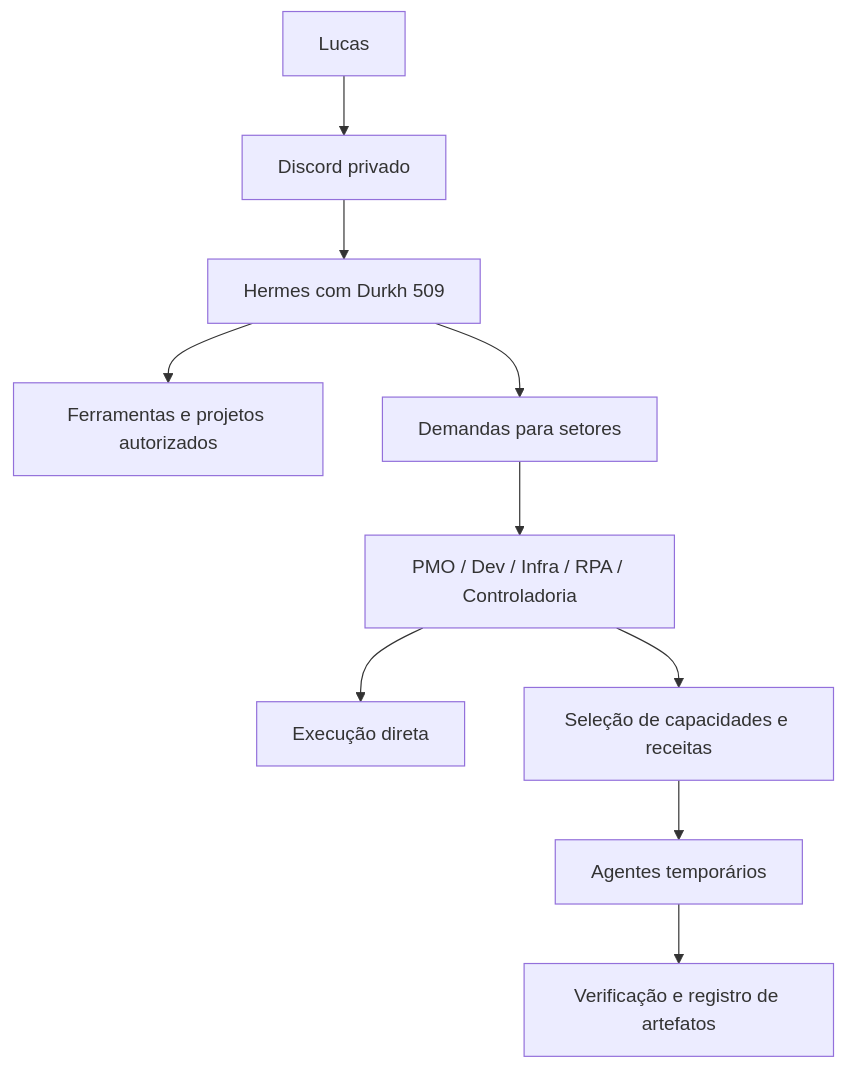
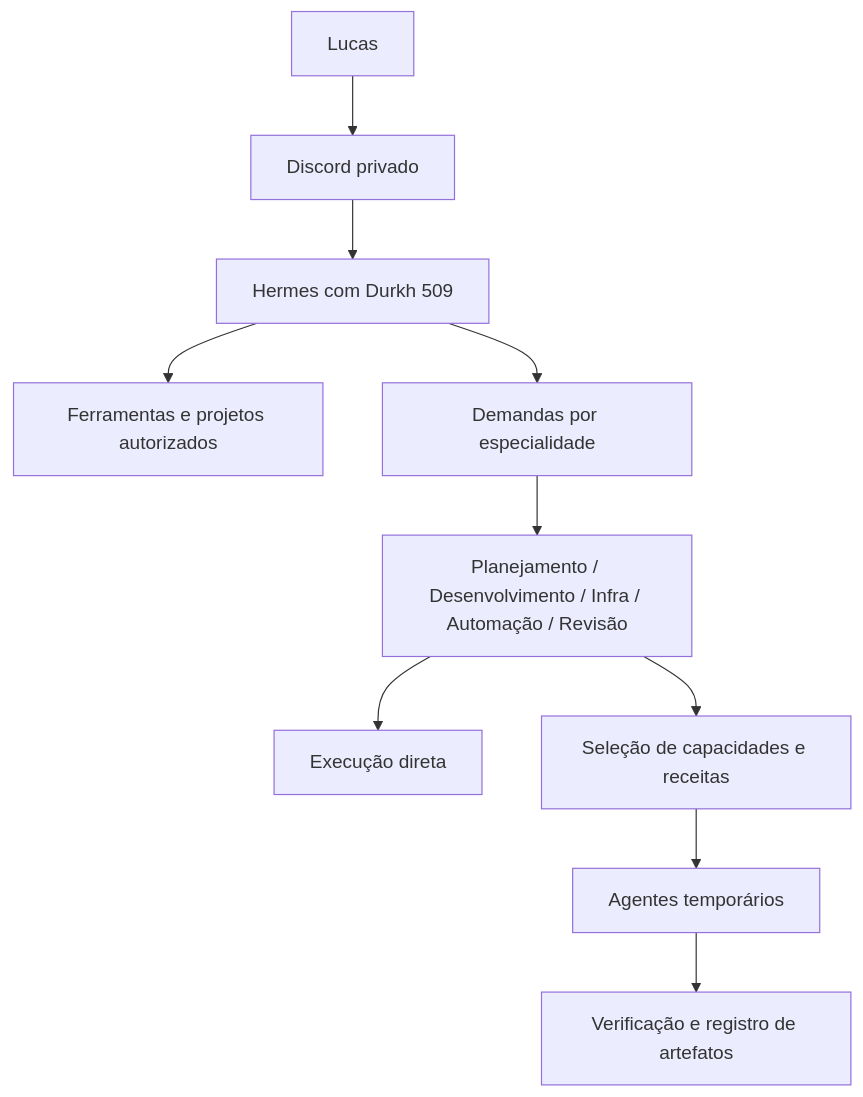
Before and after one commit to DURKHEIM09/hermes-durkh-509: the diagram in docs/Como-Funciona-Hermes-Durkh-509.md, drawn with Mermaid. The commit also changed other lines of this file and 2 other files, not shown here.

````diff
--- a/docs/Como-Funciona-Hermes-Durkh-509.md
+++ b/docs/Como-Funciona-Hermes-Durkh-509.md
@@ -31,12 +31,12 @@
 ```mermaid
 flowchart TD
     Lucas[Lucas] --> Discord[Discord privado]
     Discord --> Central[Hermes com Durkh 509]
     Central --> Ferramentas[Ferramentas e projetos autorizados]
-    Central --> Demandas[Demandas para setores]
-    Demandas --> Diretores[PMO / Dev / Infra / RPA / Controladoria]
-    Diretores --> Direto[Execução direta]
-    Diretores --> Receitas[Seleção de capacidades e receitas]
+    Central --> Demandas[Demandas por especialidade]
+    Demandas --> Especialistas[Planejamento / Desenvolvimento / Infra / Automação / Revisão]
+    Especialistas --> Direto[Execução direta]
+    Especialistas --> Receitas[Seleção de capacidades e receitas]
     Receitas --> Workers[Agentes temporários]
     Workers --> Verificacao[Verificação e registro de artefatos]
 ```
````
